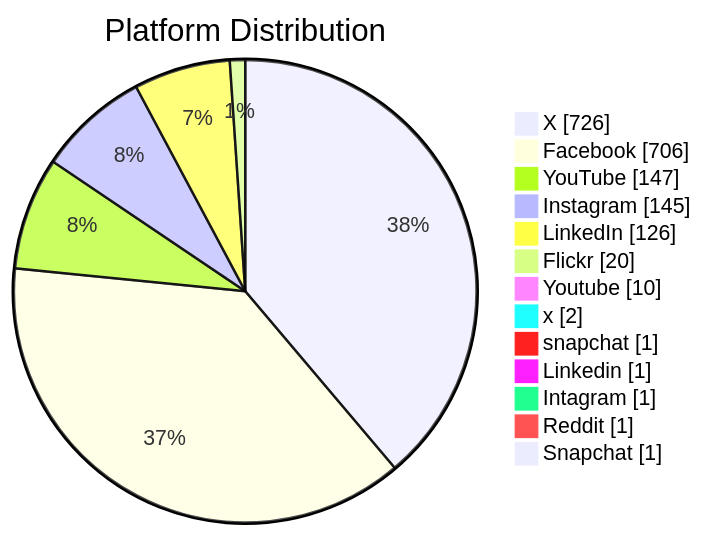
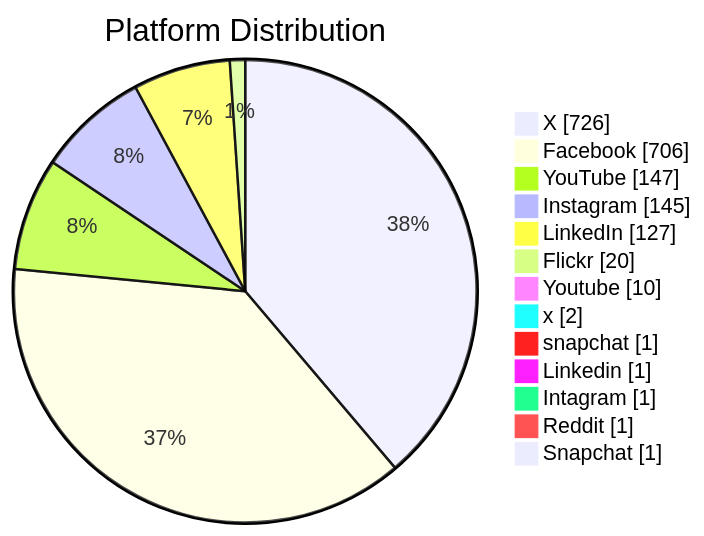
Before and after one commit to PatLittle/GC-Socials: the second of 6 diagrams in README.md, drawn with Mermaid. The commit also changed other lines of this file, not shown here.

Commit message:
Update README with Platform Distribution pie chart

````diff
--- a/README.md
+++ b/README.md
@@ -46,16 +46,16 @@
 ```mermaid
 pie showData title Platform Distribution
     "X": 726
     "Facebook": 706
     "YouTube": 147
     "Instagram": 145
-    "LinkedIn": 126
+    "LinkedIn": 127
     "Flickr": 20
     "Youtube": 10
     "x": 2
     "snapchat": 1
     "Linkedin": 1
     "Intagram": 1
     "Reddit": 1
     "Snapchat": 1
 ```
````
